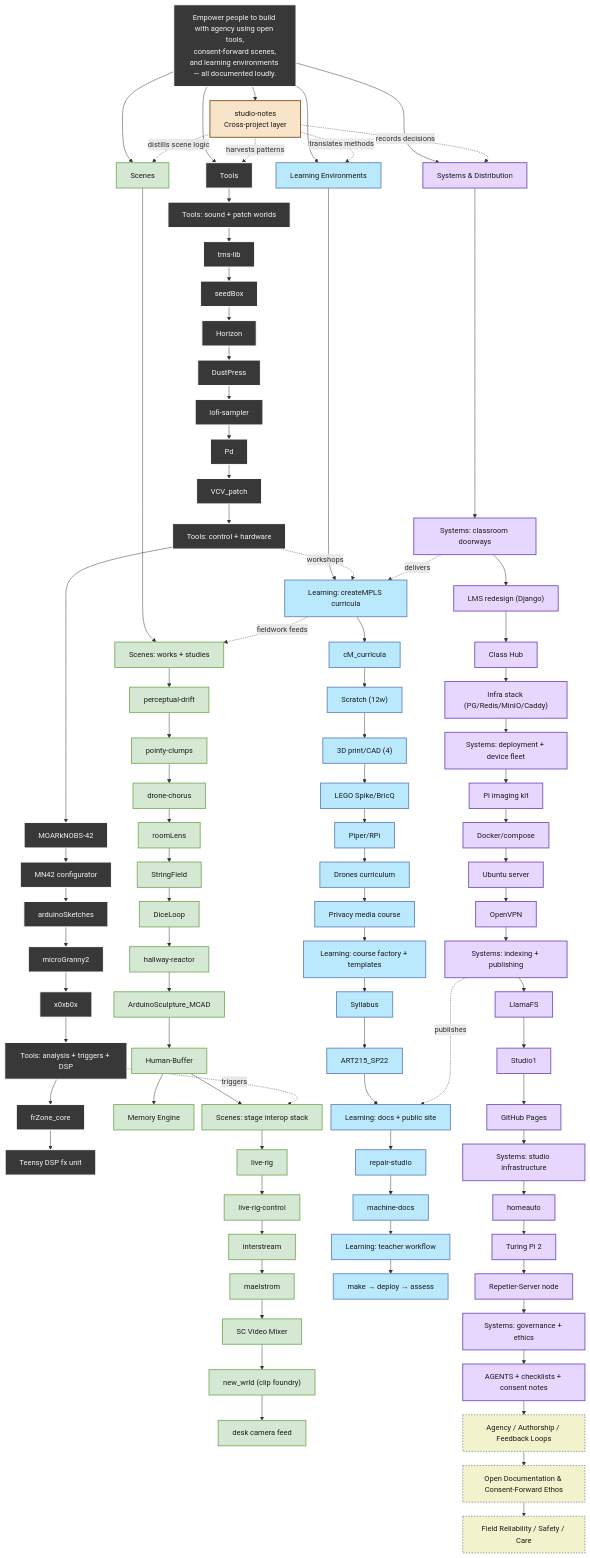
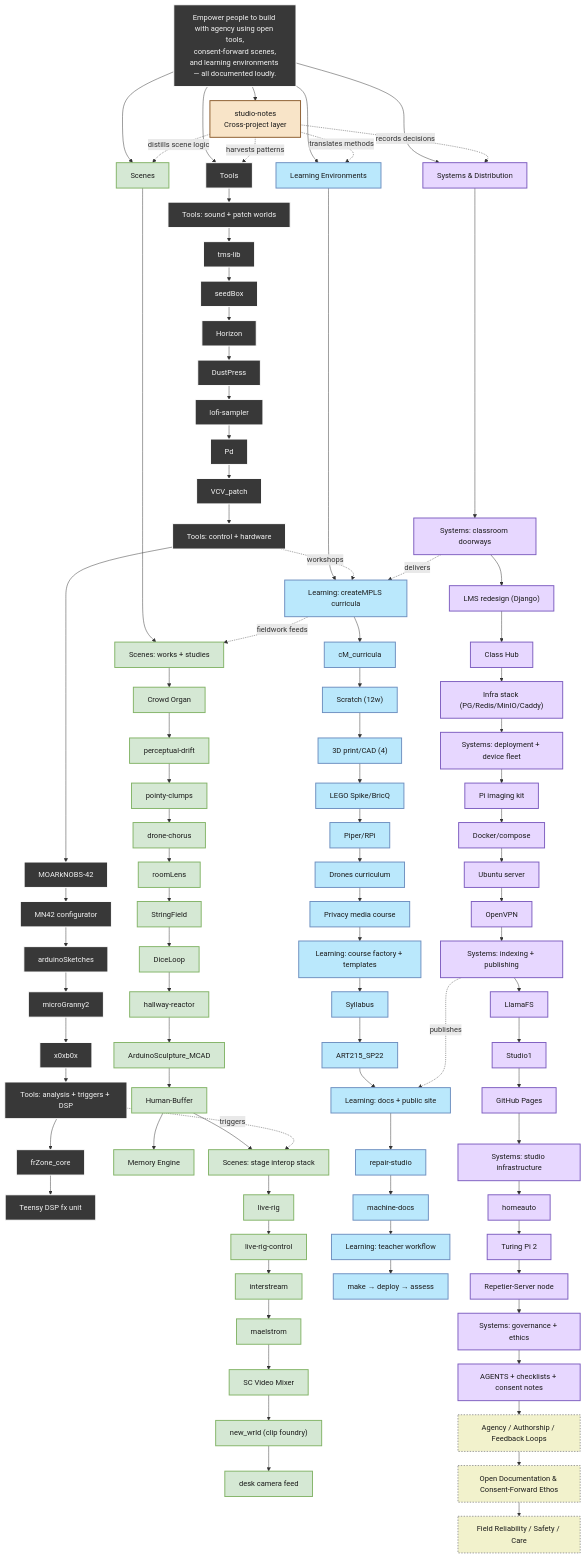
One commit to bseverns/bseverns.github.io changed the diagram in atlas/index.md. Above: the diagram before and after it, drawn with Mermaid. The commit also changed 32 other files, not shown here.

```diff
--- a/atlas/index.md
+++ b/atlas/index.md
@@ -26,74 +26,74 @@
       <div class="mermaid">
 %%{ init: { "flowchart": { "defaultRenderer": "dagre-d3", "rankSpacing": 30, "nodeSpacing": 10 } } }%%
 graph TD
     thesis["Empower people to build with agency using open tools,<br>consent-forward scenes,<br>and learning environments — all documented loudly."]
 
     thesis --> toolsPillar["Tools"]
     thesis --> scenesPillar["Scenes"]
     thesis --> learningPillar["Learning Environments"]
     thesis --> infraPillar["Systems & Distribution"]
     thesis --> studioNotes["studio-notes<br>Cross-project layer"]
 
     %% TOOLS (one tall chain)
     toolsPillar --> toolsAudio["Tools: sound + patch worlds"]
     toolsAudio --> tmsLib["tms-lib"] --> seedBox["seedBox"] --> Horizon["Horizon"] --> DustPress["DustPress"] --> lofiSampler["lofi-sampler"] --> PdRepo["Pd"] --> VCVpatch["VCV_patch"]
     VCVpatch --> toolsControl["Tools: control + hardware"]
     toolsControl --> MOARkNOBS42["MOARkNOBS-42"] --> MN42Configurator["MN42 configurator"] --> arduinoSketches["arduinoSketches"] --> microGranny2["microGranny2"] --> x0xb0x["x0xb0x"]
     x0xb0x --> toolsAnalysis["Tools: analysis + triggers + DSP"]
     toolsAnalysis --> frZone["frZone_core"] --> teensyDSP["Teensy DSP fx unit"]
 
     %% SCENES (one tall chain)
     scenesPillar --> scenesWorks["Scenes: works + studies"]
-    scenesWorks --> perceptualDrift["perceptual-drift"] --> pointyClumps["pointy-clumps"] --> droneChorus["drone-chorus"] --> roomLens["roomLens"] --> StringFieldNode["StringField"] --> DiceLoopNode["DiceLoop"] --> hallwayReactor["hallway-reactor"] --> ArduinoSculpture["ArduinoSculpture_MCAD"] --> HumanBuffer["Human-Buffer"] --> memory_engine["Memory Engine"]
+    scenesWorks --> crowdOrgan["Crowd Organ"] --> perceptualDrift["perceptual-drift"] --> pointyClumps["pointy-clumps"] --> droneChorus["drone-chorus"] --> roomLens["roomLens"] --> StringFieldNode["StringField"] --> DiceLoopNode["DiceLoop"] --> hallwayReactor["hallway-reactor"] --> ArduinoSculpture["ArduinoSculpture_MCAD"] --> HumanBuffer["Human-Buffer"] --> memory_engine["Memory Engine"]
     HumanBuffer --> scenesStage["Scenes: stage interop stack"]
     scenesStage --> liveRig["live-rig"] --> liveRigCtrl["live-rig-control"] --> interstream["interstream"] --> maelstrom["maelstrom"] --> scVideoMixer["SC Video Mixer"] --> clipFoundry["new_wrld (clip foundry)"] --> deskCam["desk camera feed"]
 
     %% LEARNING (one tall chain)
     learningPillar --> learnCurricula["Learning: createMPLS curricula"]
     learnCurricula --> cMCurricula["cM_curricula"] --> scratch["Scratch (12w)"] --> printing["3D print/CAD (4)"] --> lego["LEGO Spike/BricQ"] --> piper["Piper/RPi"] --> dronesEd["Drones curriculum"] --> privacyMedia["Privacy media course"]
     privacyMedia --> learnFactory["Learning: course factory + templates"]
     learnFactory --> SyllabusRepo["Syllabus"] --> ART215["ART215_SP22"]
     ART215 --> learnDocs["Learning: docs + public site"]
     learnDocs --> repairStudio["repair-studio"] --> machineDocs["machine-docs"] --> learnOps["Learning: teacher workflow"]
     learnOps --> teacherOps["make → deploy → assess"]
 
     %% SYSTEMS (one tall chain + hubs at the bottom)
     infraPillar --> infraLMS["Systems: classroom doorways"]
     infraLMS --> djangoLMS["LMS redesign (Django)"] --> classhub["Class Hub"] --> infraStack["Infra stack (PG/Redis/MinIO/Caddy)"]
     infraStack --> infraFleet["Systems: deployment + device fleet"]
     infraFleet --> piImaging["Pi imaging kit"] --> docker["Docker/compose"] --> server["Ubuntu server"] --> openvpn["OpenVPN"]
     openvpn --> infraArchive["Systems: indexing + publishing"]
     infraArchive --> llfs["LlamaFS"] --> studio1["Studio1"] --> ghPages["GitHub Pages"]
     ghPages --> infraLab["Systems: studio infrastructure"]
     infraLab --> homeauto["homeauto"] --> turingpi2["Turing Pi 2"] --> printServer["Repetier-Server node"]
     printServer --> infraGov["Systems: governance + ethics"]
     infraGov --> governance["AGENTS + checklists + consent notes"]
 
     governance --> agencyHub["Agency / Authorship / Feedback Loops"] --> opennessHub["Open Documentation & Consent-Forward Ethos"] --> resilienceHub["Field Reliability / Safety / Care"]
 
     %% Cross-links (kept high-level so columns stay vertical)
     toolsControl -. "workshops" .-> learnCurricula
     toolsAnalysis -. "triggers" .-> scenesStage
     infraLMS -. "delivers" .-> learnCurricula
     infraArchive -. "publishes" .-> learnDocs
     learnCurricula -. "fieldwork feeds" .-> scenesWorks
     studioNotes -. "harvests patterns" .-> toolsPillar
     studioNotes -. "distills scene logic" .-> scenesPillar
     studioNotes -. "translates methods" .-> learningPillar
     studioNotes -. "records decisions" .-> infraPillar
 
     %% STYLES
     classDef tools fill:#383838,stroke:#FFFFFF,stroke-width:2px,color:#F4F4F4;
     classDef scenes fill:#D5E8D4,stroke:#82B366,stroke-width:2px,color:#1A1A1A;
     classDef learning fill:#BAE8FC,stroke:#6C8EBF,stroke-width:2px,color:#1A1A1A;
     classDef infra fill:#E7D7FF,stroke:#7C5CBF,stroke-width:2px,color:#1A1A1A;
     classDef cross fill:#F8E4C8,stroke:#8A5A2B,stroke-width:2px,color:#1A1A1A;
     classDef hub fill:#F2F2CC,stroke:#999,stroke-width:2px,stroke-dasharray: 3 3,color:#1A1A1A;
 
     class thesis,toolsPillar,toolsAudio,tmsLib,seedBox,Horizon,DustPress,lofiSampler,PdRepo,VCVpatch,toolsControl,MOARkNOBS42,MN42Configurator,arduinoSketches,microGranny2,x0xb0x,toolsAnalysis,frZone,teensyDSP tools;
-    class scenesPillar,scenesWorks,perceptualDrift,pointyClumps,droneChorus,roomLens,StringFieldNode,DiceLoopNode,hallwayReactor,ArduinoSculpture,HumanBuffer,memory_engine,scenesStage,liveRig,liveRigCtrl,interstream,maelstrom,scVideoMixer,clipFoundry,deskCam scenes;
+    class scenesPillar,scenesWorks,crowdOrgan,perceptualDrift,pointyClumps,droneChorus,roomLens,StringFieldNode,DiceLoopNode,hallwayReactor,ArduinoSculpture,HumanBuffer,memory_engine,scenesStage,liveRig,liveRigCtrl,interstream,maelstrom,scVideoMixer,clipFoundry,deskCam scenes;
     class learningPillar,learnCurricula,cMCurricula,scratch,printing,lego,piper,dronesEd,privacyMedia,learnFactory,SyllabusRepo,ART215,learnDocs,repairStudio,machineDocs,learnOps,teacherOps learning;
     class infraPillar,infraLMS,djangoLMS,classhub,infraStack,infraFleet,piImaging,docker,server,openvpn,infraArchive,llfs,studio1,ghPages,infraLab,homeauto,turingpi2,printServer,infraGov,governance infra;
     class studioNotes cross;
     class agencyHub,opennessHub,resilienceHub hub;
       </div>
```
